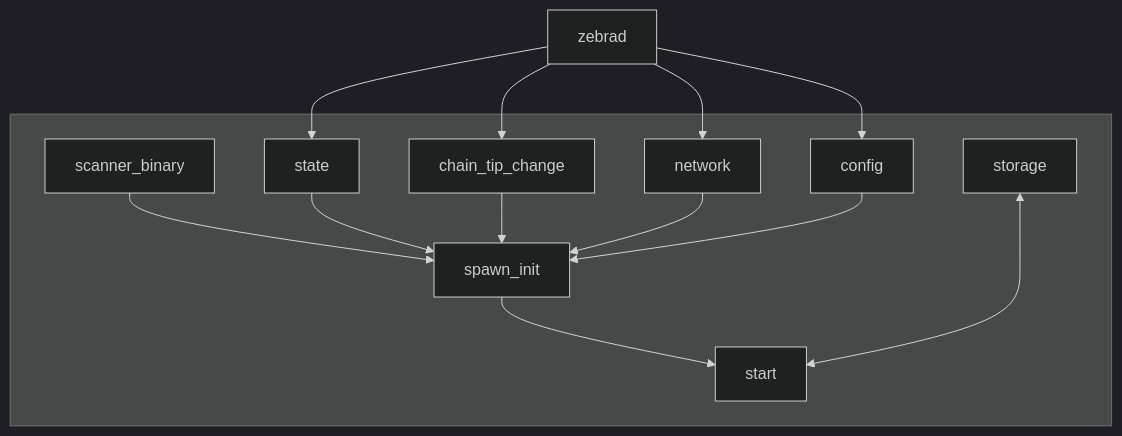
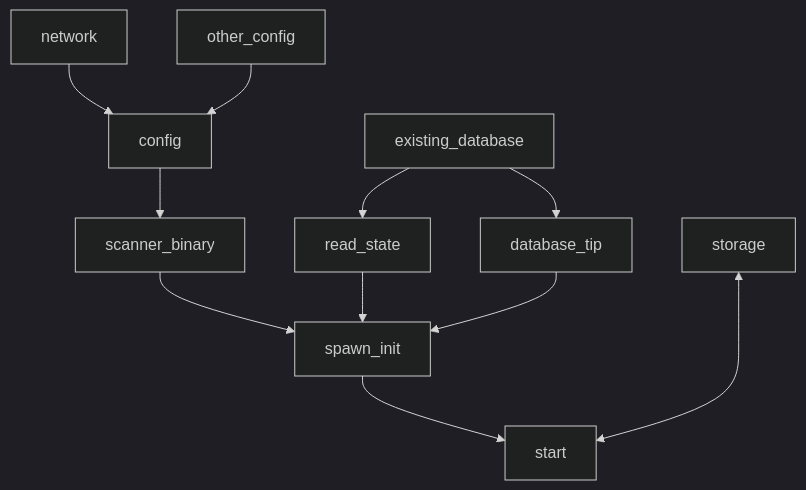
Before and after one commit to oxarbitrage/zebra-grpc-scan-spec: the second of 2 diagrams in zebra-scanner-process.md, drawn with Mermaid (dark theme). The commit also changed other lines of this file, not shown here.

````diff
--- a/zebra-scanner-process.md
+++ b/zebra-scanner-process.md
@@ -42,17 +41,14 @@
 ```mermaid
 flowchart TD
 
-    zebrad --> state
-    zebrad --> chain_tip_change
-    zebrad --> network
-    zebrad --> config
-    subgraph zebra-binary [&nbsp;]
-        scanner_binary --> spawn_init
-        state --> spawn_init
-        chain_tip_change --> spawn_init
-        network --> spawn_init
-        config --> spawn_init
-        spawn_init --> start
-        storage <---> start
-    end
+    existing_database --> read_state
+    existing_database --> database_tip
+    config --> scanner_binary
+    network --> config
+    other_config --> config 
+    scanner_binary --> spawn_init
+    read_state --> spawn_init
+    database_tip --> spawn_init
+    spawn_init --> start
+    storage <---> start
 ```
````
